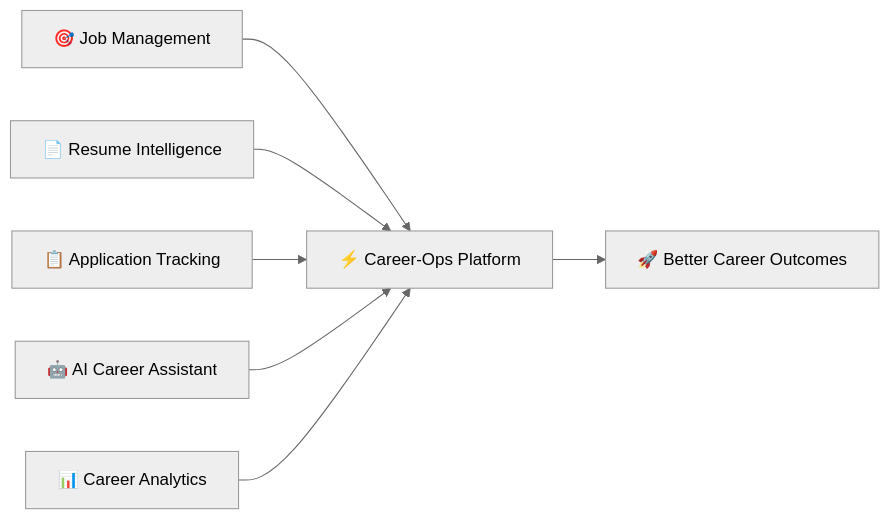
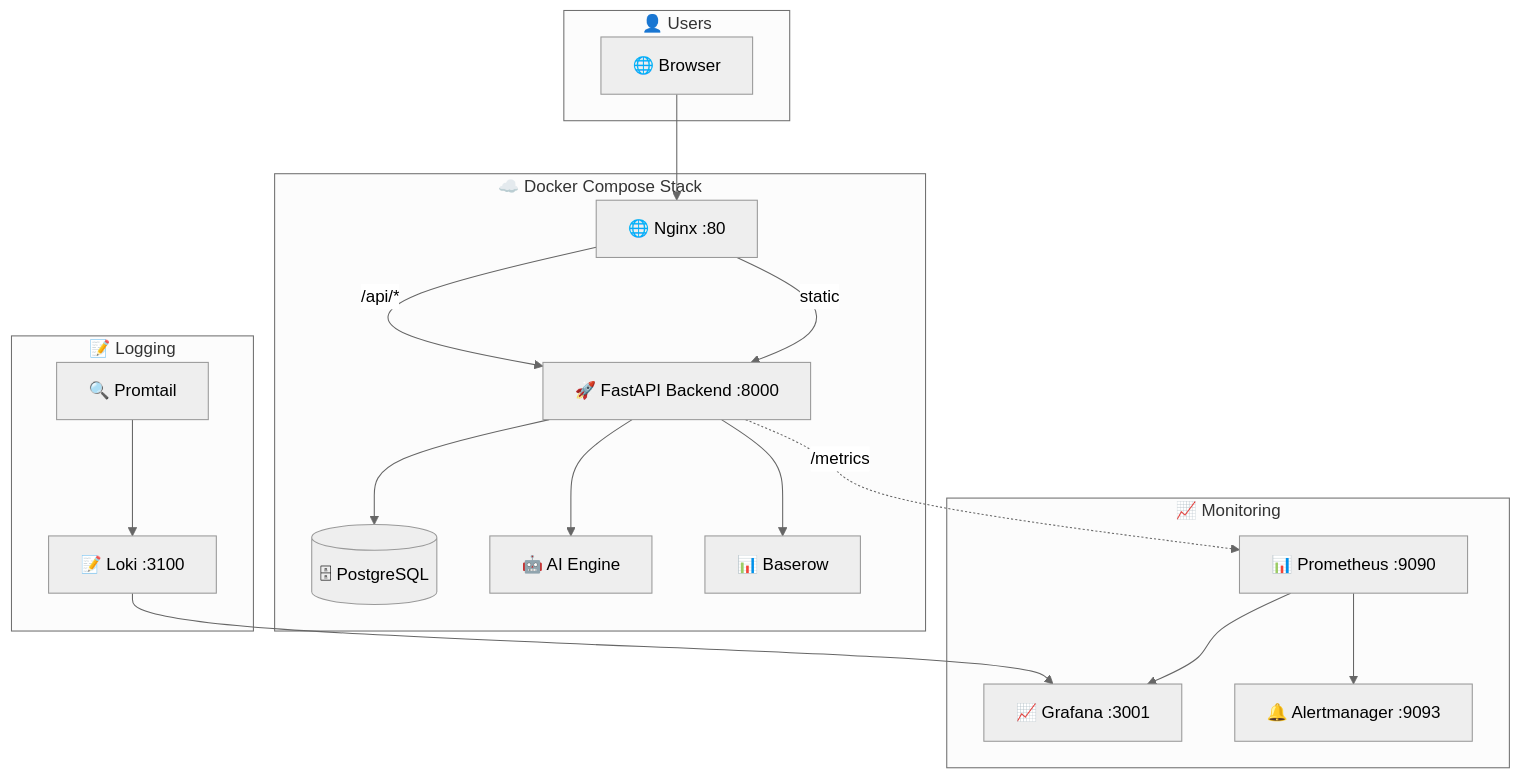
The first of 2 diagrams in README.md (kmrgautam18-alt/career-ops-v2), drawn with Mermaid (neutral theme) before and after one commit. The commit also changed other lines of this file and 2 other files, not shown here.

````diff
--- a/README.md
+++ b/README.md
@@ -64,9 +72,33 @@
 ```mermaid
-graph LR
-    A[🎯 Job Management] --> D[⚡ Career-Ops Platform]
-    B[📄 Resume Intelligence] --> D
-    C[📋 Application Tracking] --> D
-    E[🤖 AI Career Assistant] --> D
-    F[📊 Career Analytics] --> D
-    D --> G[🚀 Better Career Outcomes]
+graph TB
+    subgraph "👤 Users"
+        A[🌐 Browser]
+    end
+    subgraph "☁️ Docker Compose Stack"
+        B[🌐 Nginx :80]
+        C[🚀 FastAPI Backend :8000]
+        D[(🗄 PostgreSQL)]
+        E[🤖 AI Engine]
+        F[📊 Baserow]
+    end
+    subgraph "📈 Monitoring"
+        G[📊 Prometheus :9090]
+        H[📈 Grafana :3001]
+        I[🔔 Alertmanager :9093]
+    end
+    subgraph "📝 Logging"
+        J[📝 Loki :3100]
+        K[🔍 Promtail]
+    end
+    A --> B
+    B -->|static| C
+    B -->|/api/*| C
+    C --> D
+    C --> E
+    C --> F
+    C -.->|/metrics| G
+    G --> H
+    G --> I
+    J --> H
+    K --> J
 ```
````
